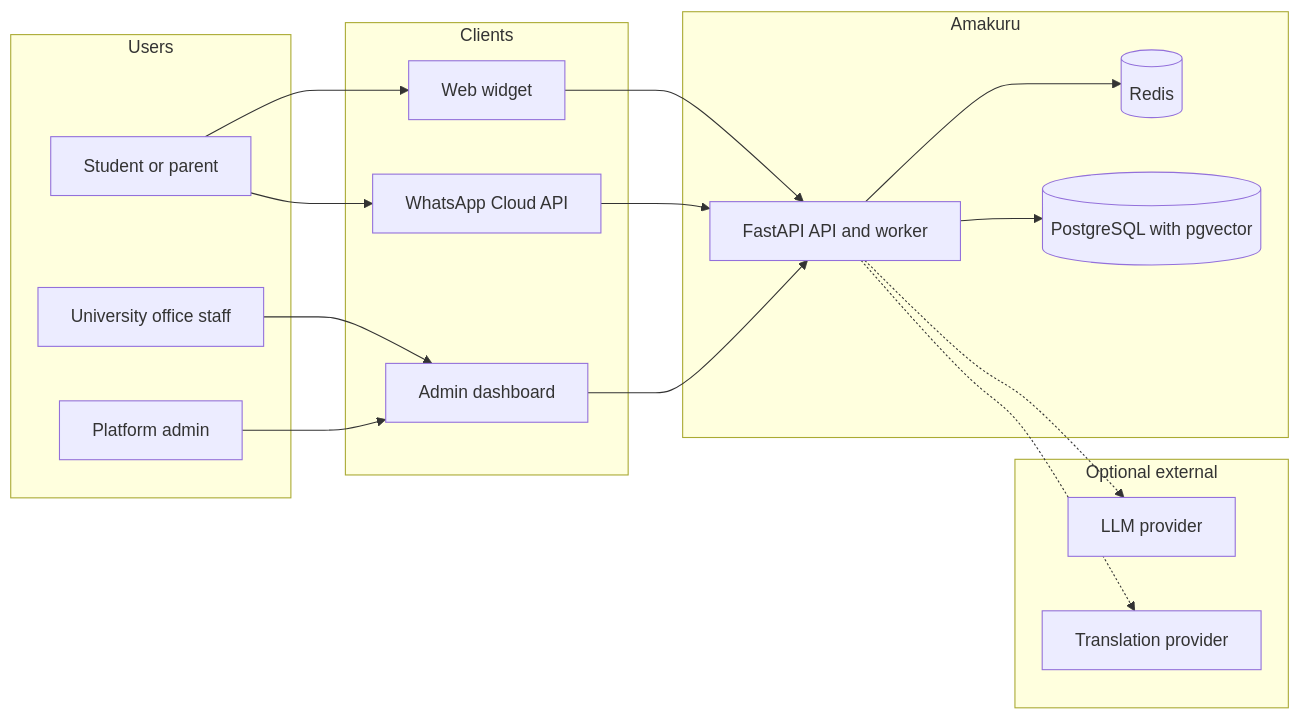
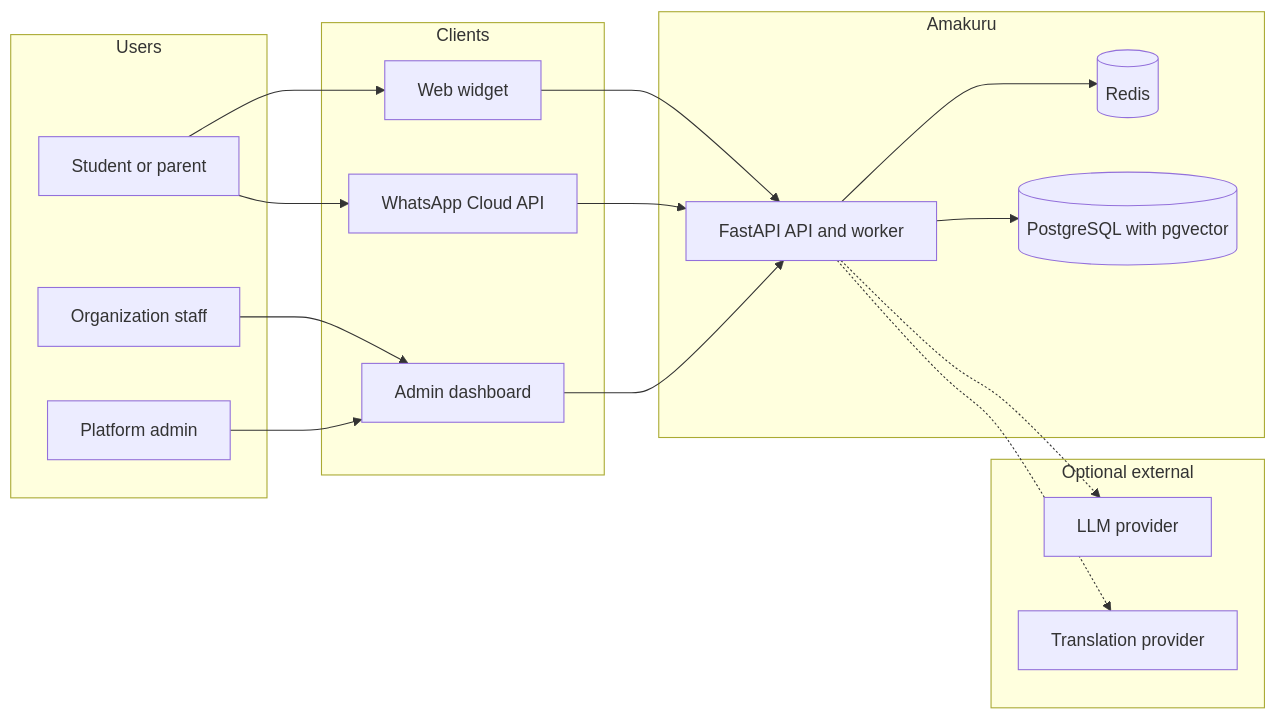
The first of 5 diagrams in docs/architecture/overview.md (Alouzious/AMAKURU), drawn with Mermaid before and after one commit. The commit also changed other lines of this file and 238 other files, not shown here.

````diff
--- a/docs/architecture/overview.md
+++ b/docs/architecture/overview.md
@@ -9,33 +9,33 @@
 ```mermaid
 flowchart LR
   subgraph users [Users]
     S[Student or parent]
-    O[University office staff]
+    O[Organization staff]
     P[Platform admin]
   end
   subgraph edges [Clients]
     W[Web widget]
     WA[WhatsApp Cloud API]
     ADM[Admin dashboard]
   end
   subgraph core [Amakuru]
     API[FastAPI API and worker]
     R[(Redis)]
     DB[(PostgreSQL with pgvector)]
   end
   subgraph external [Optional external]
     LLM[LLM provider]
     TR[Translation provider]
   end
   S --> W
   W --> API
   S --> WA
   WA --> API
   O --> ADM
   ADM --> API
   P --> ADM
   API --> R
   API --> DB
   API -.-> LLM
   API -.-> TR
 ```
````
